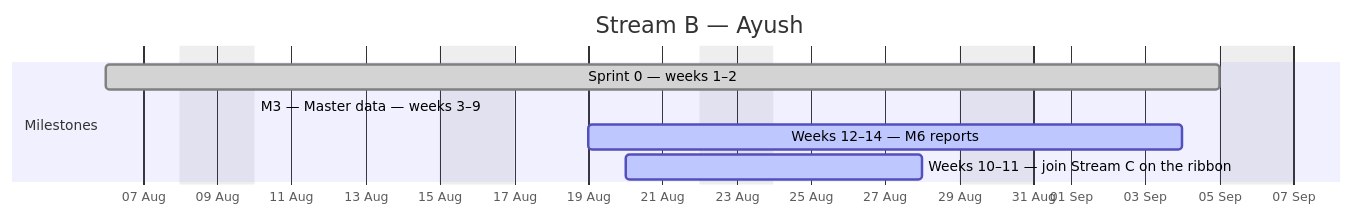
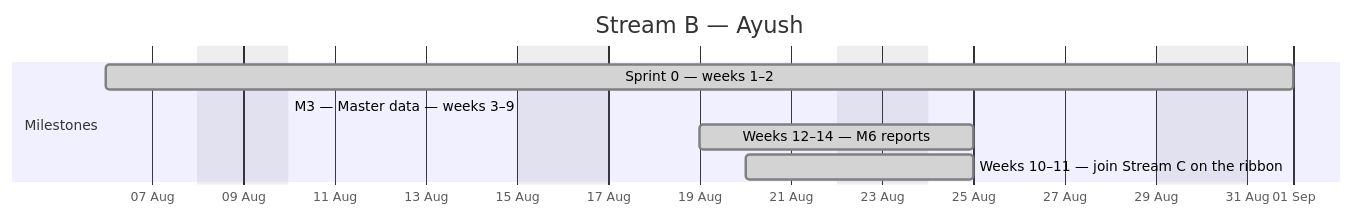
The second of 4 diagrams in docs/plan/GANTT.md (debashisedunext/EduTrack), drawn with Mermaid before and after one commit. The commit also changed other lines of this file and 2 other files, not shown here.

````diff
--- a/docs/plan/GANTT.md
+++ b/docs/plan/GANTT.md
@@ -100,12 +90,12 @@
 ```mermaid
 gantt
     dateFormat YYYY-MM-DD
     axisFormat %d %b
     title Stream B — Ayush
     excludes weekends
     section Milestones
-    Sprint 0 — weeks 1–2 :done, b0, 2026-08-06, 22d
-    M3 — Master data — weeks 3–9 :done, b1, 2026-08-10, -9d
-    Weeks 12–14 — M6 reports :active, b2, 2026-08-19, 12d
-    Weeks 10–11 — join Stream C on the ribbon :active, b3, 2026-08-20, 6d
+    Sprint 0 — weeks 1–2 :done, b0, 2026-08-06, 18d
+    M3 — Master data — weeks 3–9 :done, b1, 2026-08-10, -5d
+    Weeks 12–14 — M6 reports :done, b2, 2026-08-19, 4d
+    Weeks 10–11 — join Stream C on the ribbon :done, b3, 2026-08-20, 3d
 ```
````
